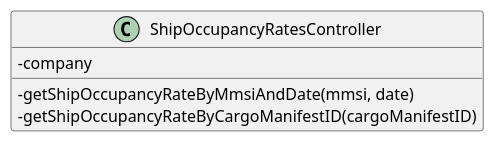
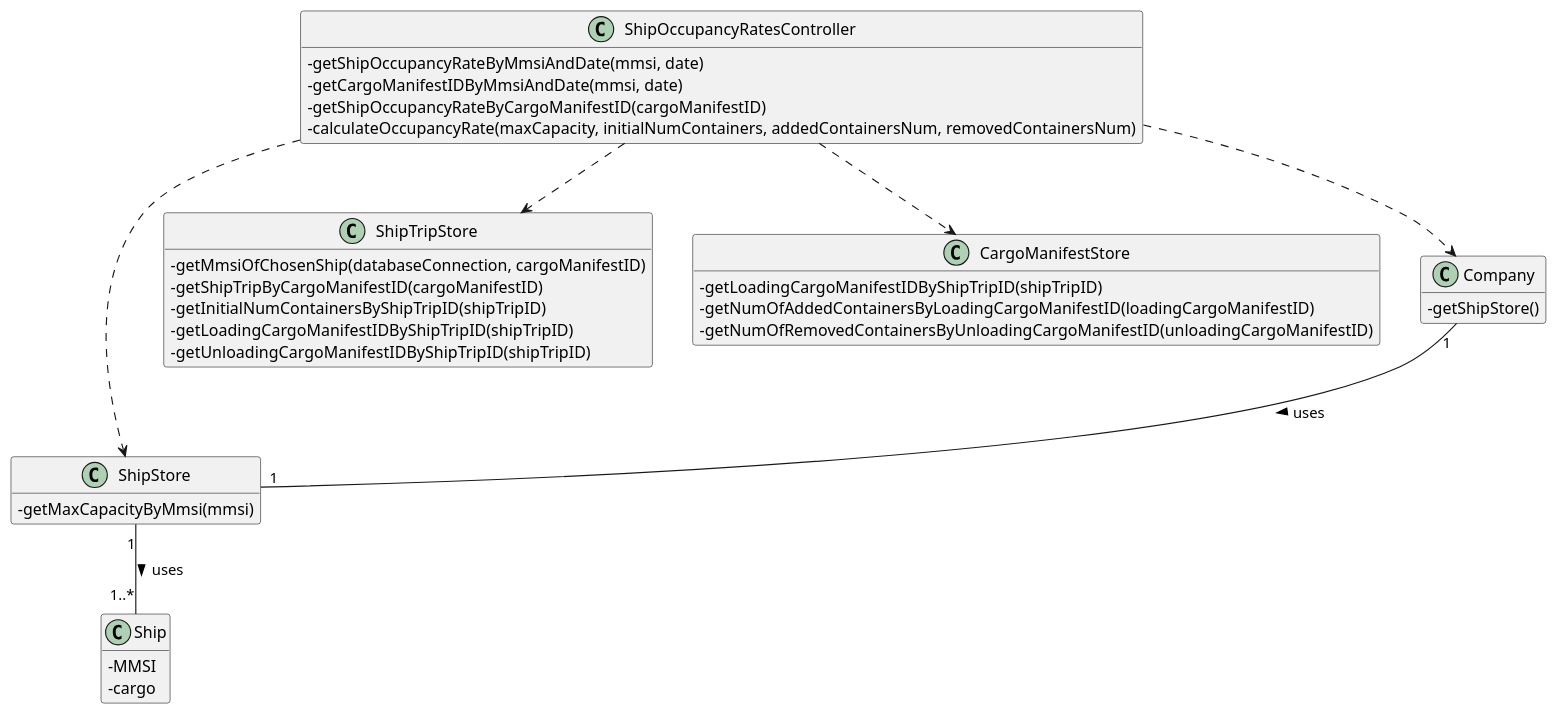
The diagram in docs/US209/US_209_CD.puml (ana-albergaria/LAPR3-ISEP), drawn with PlantUML before and after one commit. The commit also changed 3 other files, not shown here.

```diff
--- a/docs/US209/US_209_CD.puml
+++ b/docs/US209/US_209_CD.puml
@@ -1,40 +1,59 @@
 @startuml
 
 hide empty methods
 hide empty attributes
 'left to right direction
 skinparam classAttributeIconSize 0
 
 class ShipOccupancyRatesController{
-- company
 - getShipOccupancyRateByMmsiAndDate(mmsi, date)
+- getCargoManifestIDByMmsiAndDate(mmsi, date)
 - getShipOccupancyRateByCargoManifestID(cargoManifestID)
+- calculateOccupancyRate(maxCapacity, initialNumContainers, addedContainersNum, removedContainersNum)
 }
 
-'class Company{
-'- getShipStore()
-'}
+class ShipStore{
+- getMaxCapacityByMmsi(mmsi)
+}
+
+class ShipTripStore{
+- getMmsiOfChosenShip(databaseConnection, cargoManifestID)
+- getShipTripByCargoManifestID(cargoManifestID)
+- getInitialNumContainersByShipTripID(shipTripID)
+- getLoadingCargoManifestIDByShipTripID(shipTripID)
+- getUnloadingCargoManifestIDByShipTripID(shipTripID)
+}
+
+class CargoManifestStore{
+- getLoadingCargoManifestIDByShipTripID(shipTripID)
+- getNumOfAddedContainersByLoadingCargoManifestID(loadingCargoManifestID)
+- getNumOfRemovedContainersByUnloadingCargoManifestID(unloadingCargoManifestID)
+}
+
+class Company{
+- getShipStore()
+}
+
+class Ship {
+- MMSI
+- cargo
+}
 
 'class ShipsStore{
 '- findShipByAnyCode(code)
 '}
 
 'class ShipsBST{
 '- findShipByMmsi(MMSI)
 '}
 
 'class BST{}
 
-'class Ship {
-'- MMSI
-'- cargo
-'}
-
-'ShipOccupancyRatesController ..> Company
-'ShipOccupancyRatesController ..> ShipsStore
-'Company "1" -- "1" ShipsStore : uses >
-'ShipsStore "1" -- "1" ShipsBST : uses >
-'ShipsBST ..> Ship
-'ShipsBST -|> BST
+ShipOccupancyRatesController ..> Company
+ShipOccupancyRatesController ..> ShipStore
+ShipOccupancyRatesController ..> ShipTripStore
+ShipOccupancyRatesController ..> CargoManifestStore
+Company "1" -- "1" ShipStore : uses >
+ShipStore "1" -- "1..*" Ship : uses >
 
 @enduml
```
